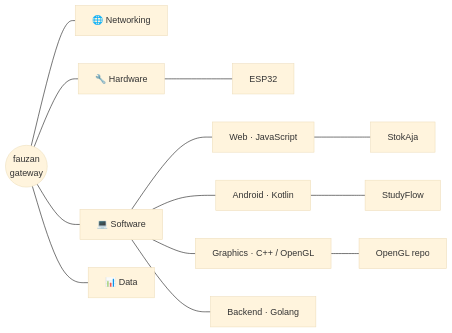
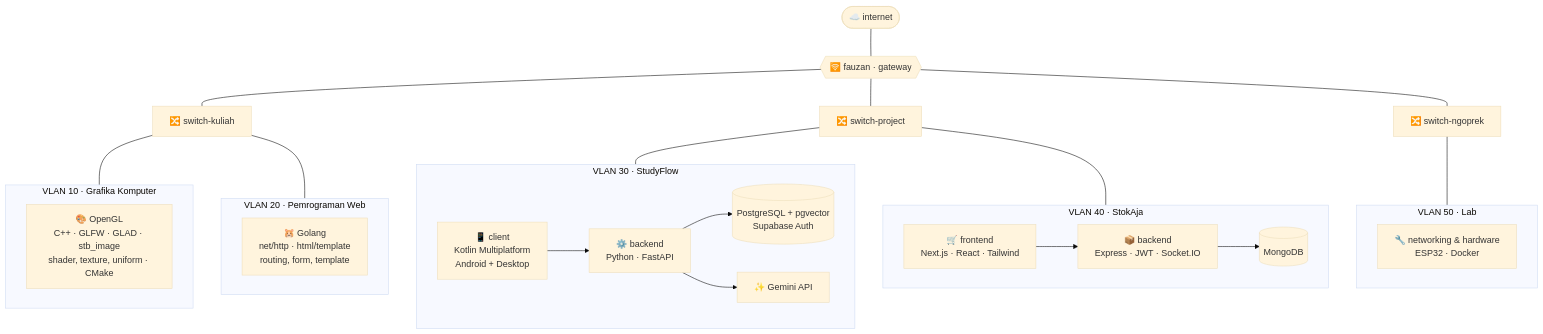
One commit to AchmadFauzan1156/AchmadFauzan1156 changed the diagram in README.md. Above: the diagram before and after it, drawn with Mermaid (base theme). The commit also changed other lines of this file and 5 other files, not shown here.

````diff
--- a/README.md
+++ b/README.md
@@ -63,19 +63,46 @@
 ```mermaid
-flowchart LR
-    ME(("fauzan<br/>gateway"))
+flowchart TB
+    NET(["☁️ internet"]) --- GW{{"🛜 fauzan · gateway"}}
 
-    ME --- NET["🌐 Networking"]
-    ME --- HW["🔧 Hardware"]
-    ME --- SW["💻 Software"]
-    ME --- DATA["📊 Data"]
+    GW --- SW1["🔀 switch-kuliah"]
+    GW --- SW2["🔀 switch-project"]
+    GW --- SW3["🔀 switch-ngoprek"]
 
-    HW --- ESP["ESP32"]
-    SW --- WEB["Web · JavaScript"]
-    SW --- AND["Android · Kotlin"]
-    SW --- GFX["Graphics · C++ / OpenGL"]
-    SW --- GO["Backend · Golang"]
+    subgraph V10["VLAN 10 · Grafika Komputer"]
+        OGL["🎨 OpenGL<br/>C++ · GLFW · GLAD · stb_image<br/>shader, texture, uniform · CMake"]
+    end
 
-    WEB --- STOK["StokAja"]
-    AND --- STUDY["StudyFlow"]
-    GFX --- OGL["OpenGL repo"]
+    subgraph V20["VLAN 20 · Pemrograman Web"]
+        GO["🐹 Golang<br/>net/http · html/template<br/>routing, form, template"]
+    end
+
+    subgraph V30["VLAN 30 · StudyFlow"]
+        direction LR
+        SFC["📱 client<br/>Kotlin Multiplatform<br/>Android + Desktop"]
+        SFA["⚙️ backend<br/>Python · FastAPI"]
+        SFD[("PostgreSQL + pgvector<br/>Supabase Auth")]
+        SFG["✨ Gemini API"]
+        SFC --> SFA
+        SFA --> SFD
+        SFA --> SFG
+    end
+
+    subgraph V40["VLAN 40 · StokAja"]
+        direction LR
+        STF["🛒 frontend<br/>Next.js · React · Tailwind"]
+        STB["📦 backend<br/>Express · JWT · Socket.IO"]
+        STD[("MongoDB")]
+        STF --> STB
+        STB --> STD
+    end
+
+    subgraph V50["VLAN 50 · Lab"]
+        LAB["🔧 networking & hardware<br/>ESP32 · Docker"]
+    end
+
+    SW1 --- V10
+    SW1 --- V20
+    SW2 --- V30
+    SW2 --- V40
+    SW3 --- V50
 ```
````
